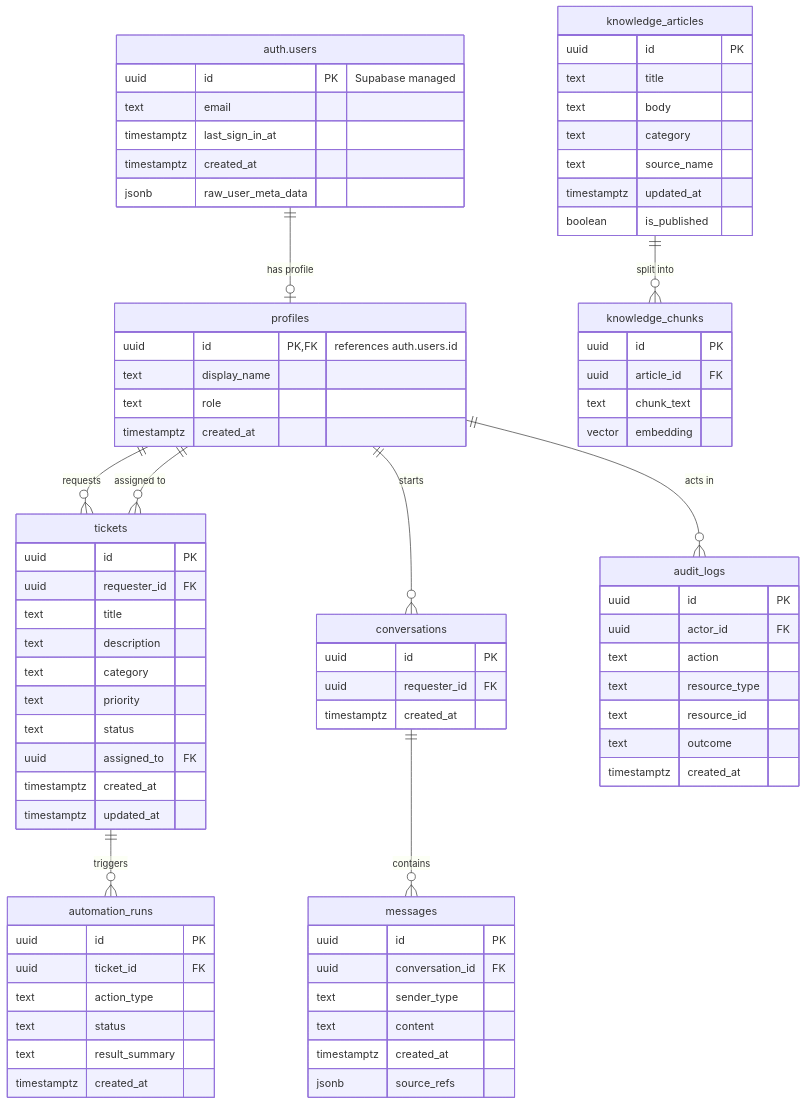
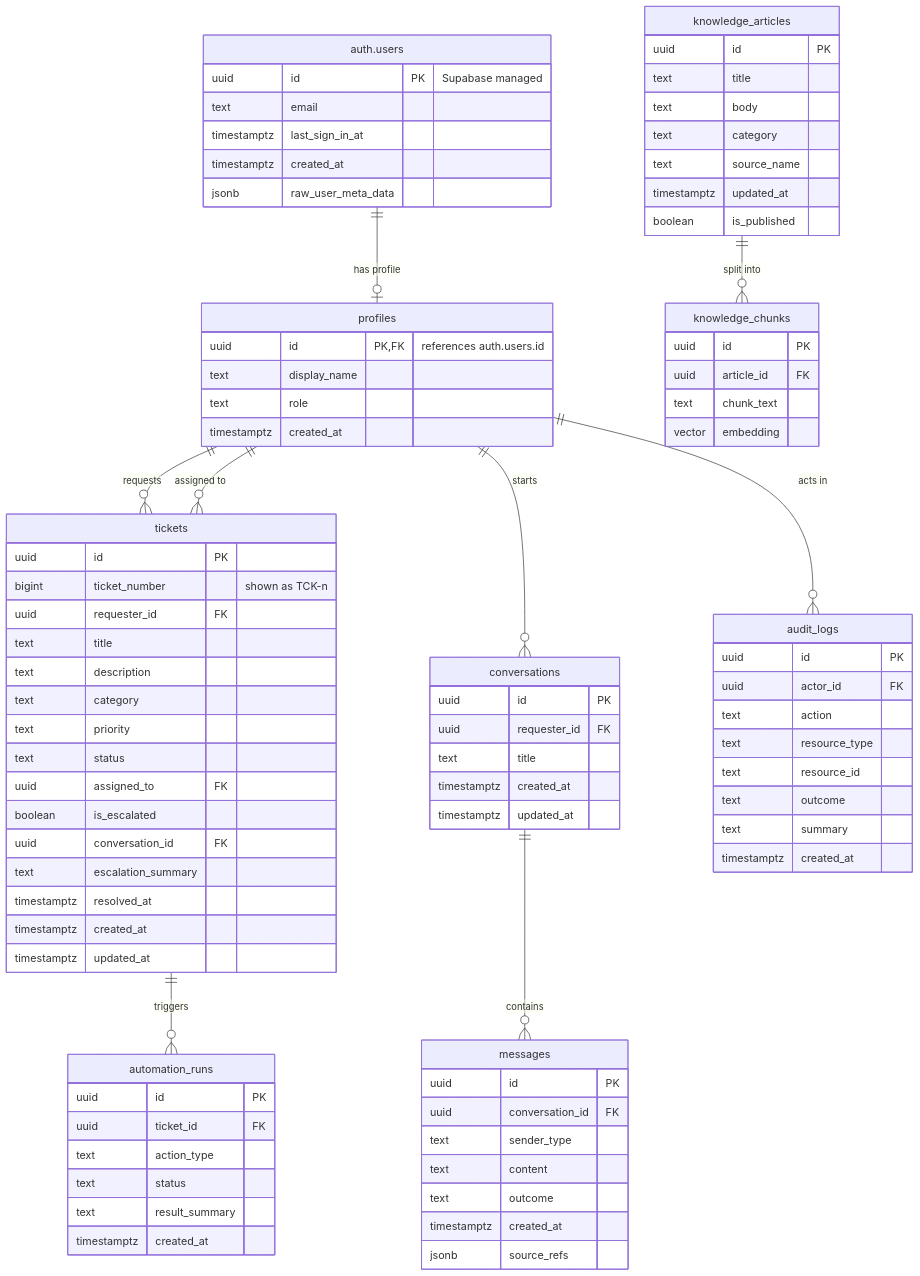
One commit to dlsud-submissions/elective-helpdesk-automation-system changed the diagram in docs/deliverables/required/07-database-design.md. Above: the diagram before and after it, drawn with Mermaid. The commit also changed other lines of this file and 87 other files, not shown here.

First line of the commit message:
feat: Sprint 3 auth, chat, and ticket dashboard; complete Sprint 2 schema (S3-01, S3-02, S3-03, S3-06) (#14)

```diff
--- a/docs/deliverables/required/07-database-design.md
+++ b/docs/deliverables/required/07-database-design.md
@@ -34,6 +34,7 @@
 
     tickets {
         uuid id PK
+        bigint ticket_number "shown as TCK-n"
         uuid requester_id FK
         text title
         text description
@@ -41,6 +42,10 @@
         text priority
         text status
         uuid assigned_to FK
+        boolean is_escalated
+        uuid conversation_id FK
+        text escalation_summary
+        timestamptz resolved_at
         timestamptz created_at
         timestamptz updated_at
     }
@@ -65,7 +70,9 @@
     conversations {
         uuid id PK
         uuid requester_id FK
+        text title
         timestamptz created_at
+        timestamptz updated_at
     }
 
     messages {
@@ -73,6 +80,7 @@
         uuid conversation_id FK
         text sender_type
         text content
+        text outcome
         timestamptz created_at
         jsonb source_refs
     }
@@ -84,6 +92,7 @@
         text resource_type
         text resource_id
         text outcome
+        text summary
         timestamptz created_at
     }
 
```
